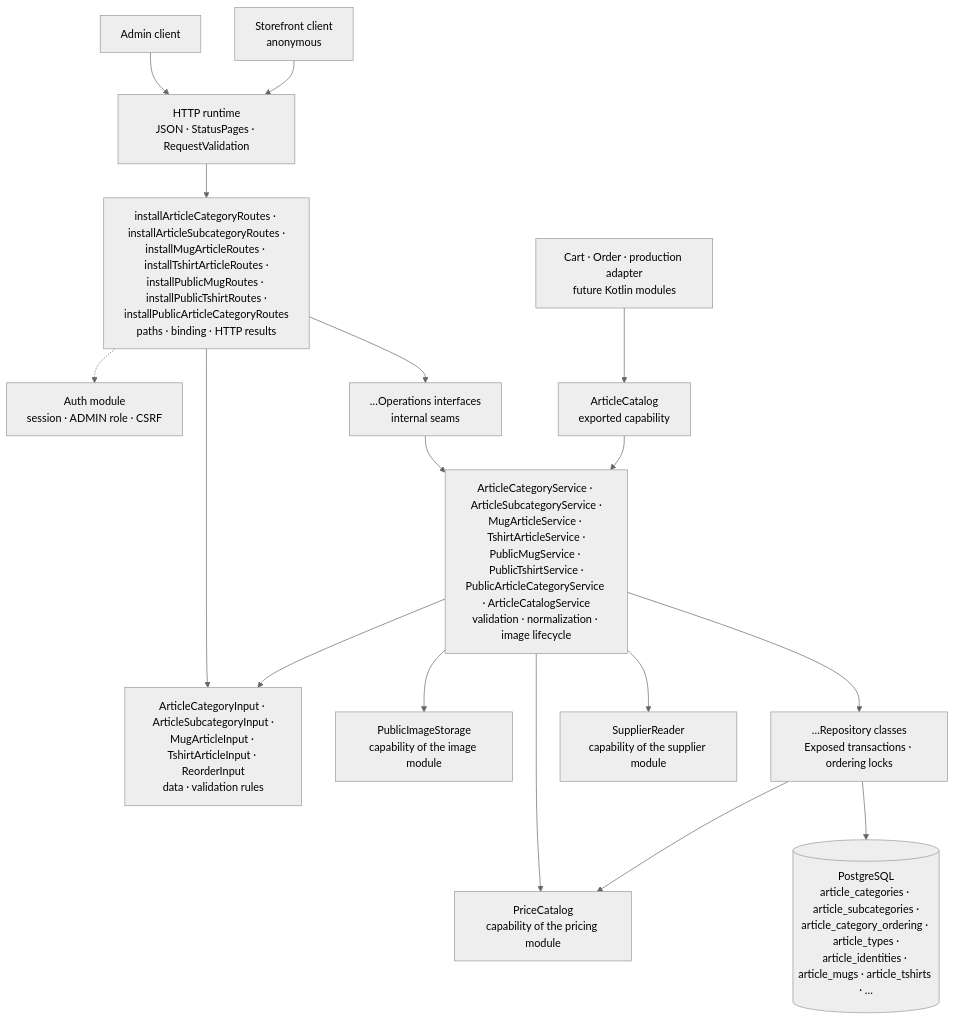
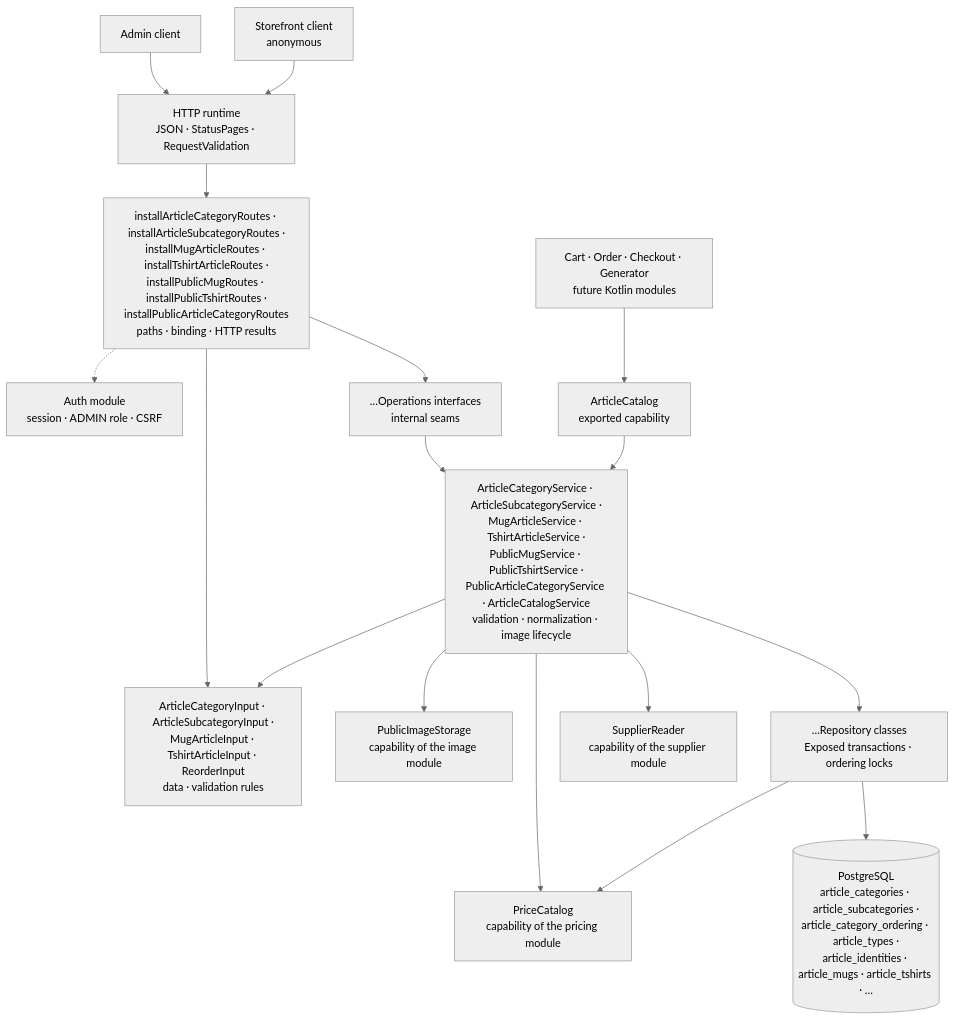
One commit to bitstorm-tech/voenix-shop-kotlin changed the diagram in docs/dev/backend/article-package.md. Above: the diagram before and after it, drawn with Mermaid (neutral theme). The commit also changed other lines of this file and 12 other files, not shown here.

````diff
--- a/docs/dev/backend/article-package.md
+++ b/docs/dev/backend/article-package.md
@@ -57,33 +57,33 @@
 ```mermaid
 flowchart TB
     Client["Admin client"]
     Shop["Storefront client<br/>anonymous"]
     Http["HTTP runtime<br/>JSON · StatusPages · RequestValidation"]
     Auth["Auth module<br/>session · ADMIN role · CSRF"]
     Routes["installArticleCategoryRoutes · installArticleSubcategoryRoutes ·<br/>installMugArticleRoutes · installTshirtArticleRoutes ·<br/>installPublicMugRoutes · installPublicTshirtRoutes ·<br/>installPublicArticleCategoryRoutes<br/>paths · binding · HTTP results"]
     Input["ArticleCategoryInput · ArticleSubcategoryInput ·<br/>MugArticleInput · TshirtArticleInput · ReorderInput<br/>data · validation rules"]
     Operations["…Operations interfaces<br/>internal seams"]
-    Consumer["Cart · Order · production adapter<br/>future Kotlin modules"]
+    Consumer["Cart · Order · Checkout · Generator<br/>future Kotlin modules"]
     Catalog["ArticleCatalog<br/>exported capability"]
     Service["ArticleCategoryService · ArticleSubcategoryService ·<br/>MugArticleService · TshirtArticleService ·<br/>PublicMugService · PublicTshirtService ·<br/>PublicArticleCategoryService · ArticleCatalogService<br/>validation · normalization · image lifecycle"]
     Images["PublicImageStorage<br/>capability of the image module"]
     Prices["PriceCatalog<br/>capability of the pricing module"]
     Suppliers["SupplierReader<br/>capability of the supplier module"]
     Repository["…Repository classes<br/>Exposed transactions · ordering locks"]
     Database[("PostgreSQL<br/>article_categories · article_subcategories ·<br/>article_category_ordering · article_types ·<br/>article_identities · article_mugs · article_tshirts · …")]
 
     Client --> Http --> Routes
     Shop --> Http
     Consumer --> Catalog --> Service
     Routes -.-> Auth
     Routes --> Input
     Routes --> Operations
     Operations --> Service
     Service --> Input
     Service --> Images
     Service --> Prices
     Service --> Suppliers
     Service --> Repository
     Repository --> Prices
     Repository --> Database
 ```
````
